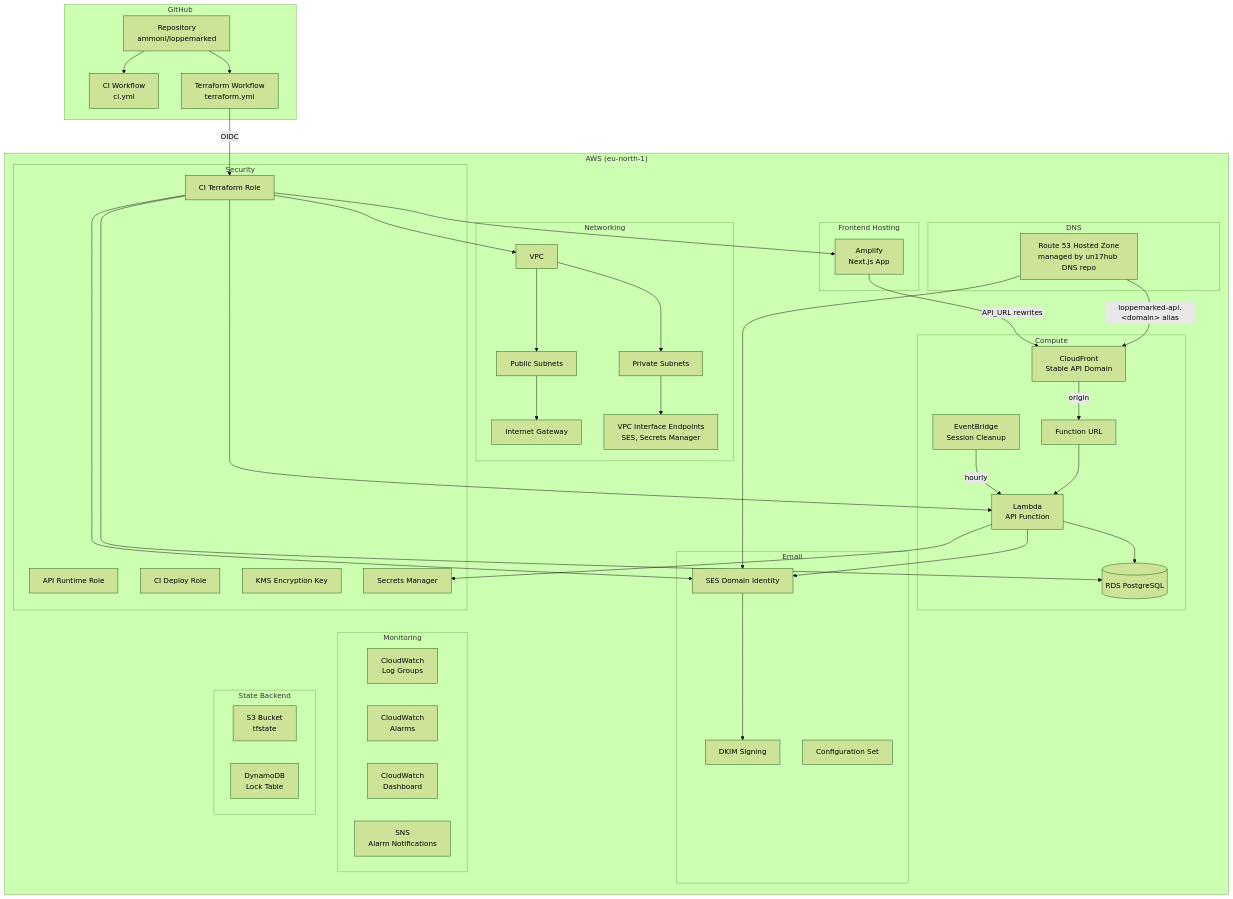
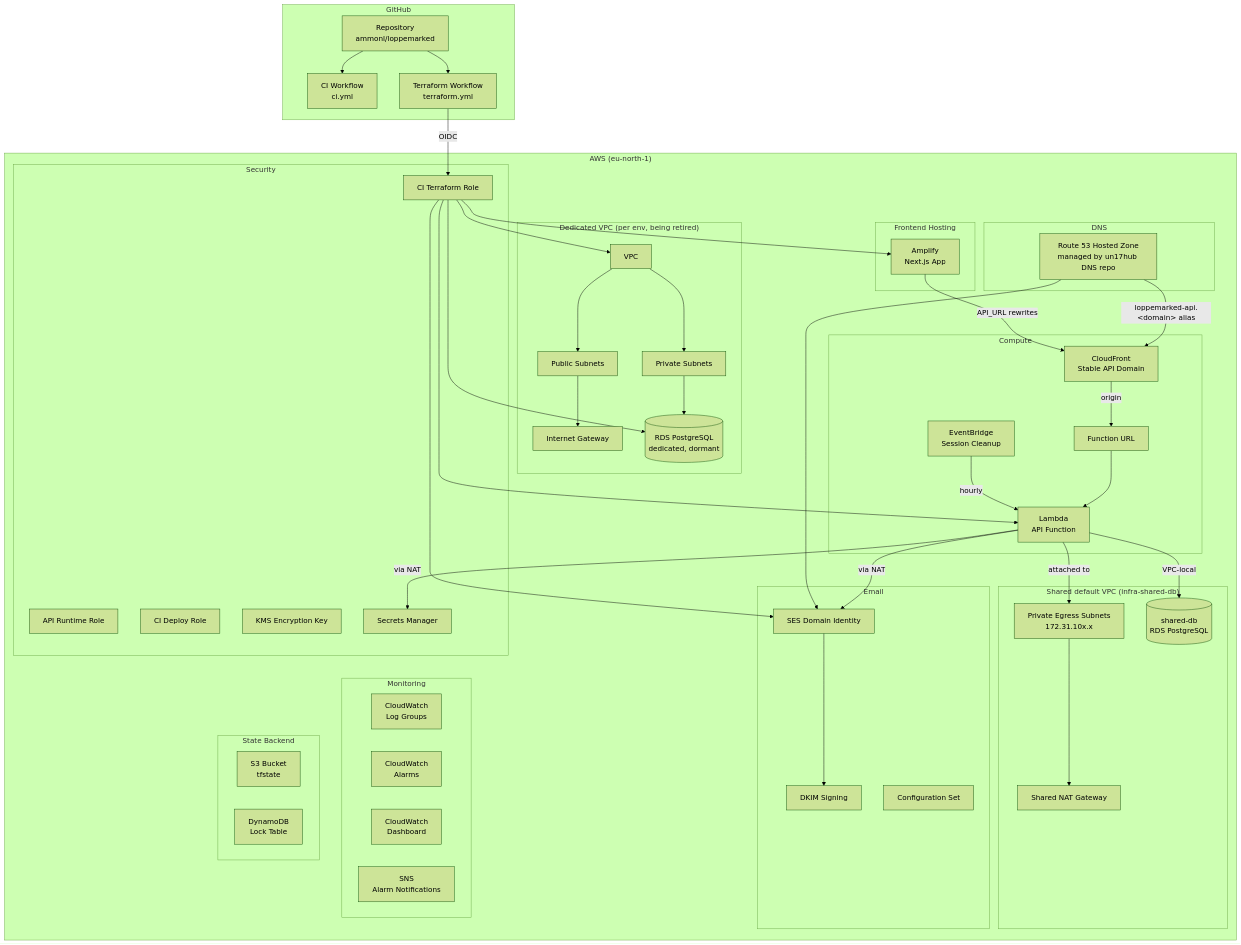
Before and after one commit to ammonl/loppemarked: the sixth of 7 diagrams in docs/architecture.md, drawn with Mermaid (forest theme). The commit also changed other lines of this file and 10 other files, not shown here.

First line of the commit message:
feat(infra): run the API Lambda in the shared default VPC (staging) (#277)

````diff
--- a/docs/architecture.md
+++ b/docs/architecture.md
@@ -329,12 +339,18 @@
     end
 
     subgraph "AWS (eu-north-1)"
-        subgraph "Networking"
+        subgraph "Shared default VPC (infra-shared-db)"
+            SHARED_SUB[Private Egress Subnets<br/>172.31.10x.x]
+            NAT[Shared NAT Gateway]
+            SHARED_RDS[(shared-db<br/>RDS PostgreSQL)]
+        end
+
+        subgraph "Dedicated VPC (per env, being retired)"
             VPC[VPC]
             PUB_SUB[Public Subnets]
             PRIV_SUB[Private Subnets]
             IGW[Internet Gateway]
-            VPCE[VPC Interface Endpoints<br/>SES, Secrets Manager]
+            RDS[(RDS PostgreSQL<br/>dedicated, dormant)]
         end
 
         subgraph "Compute"
@@ -342,7 +358,6 @@
             LAMBDA_URL[Function URL]
             CF[CloudFront<br/>Stable API Domain]
             EB[EventBridge<br/>Session Cleanup]
-            RDS[(RDS PostgreSQL)]
         end
 
         subgraph "Frontend Hosting"
@@ -393,13 +408,15 @@
     R53 -->|loppemarked-api.&lt;domain&gt; alias| CF
     AMPLIFY -->|API_URL rewrites| CF
     EB -->|hourly| LAMBDA
-    LAMBDA --> RDS
-    LAMBDA --> SES_ID
-    LAMBDA --> SECRETS
+    LAMBDA -->|attached to| SHARED_SUB
+    LAMBDA -->|VPC-local| SHARED_RDS
+    SHARED_SUB --> NAT
+    LAMBDA -->|via NAT| SES_ID
+    LAMBDA -->|via NAT| SECRETS
     VPC --> PUB_SUB
     VPC --> PRIV_SUB
     PUB_SUB --> IGW
-    PRIV_SUB --> VPCE
+    PRIV_SUB --> RDS
     R53 --> SES_ID
     SES_ID --> SES_DKIM
 ```
````
